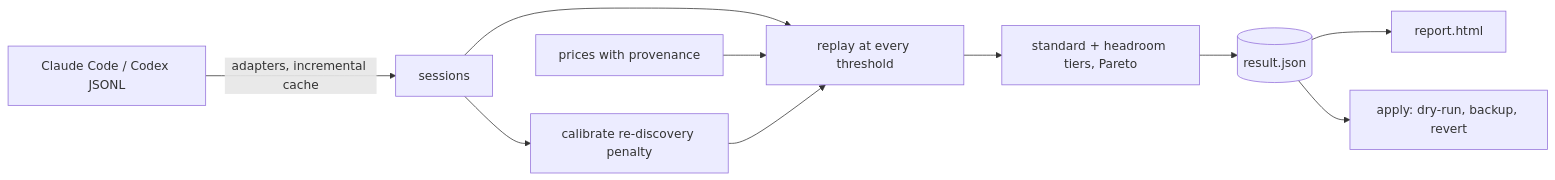
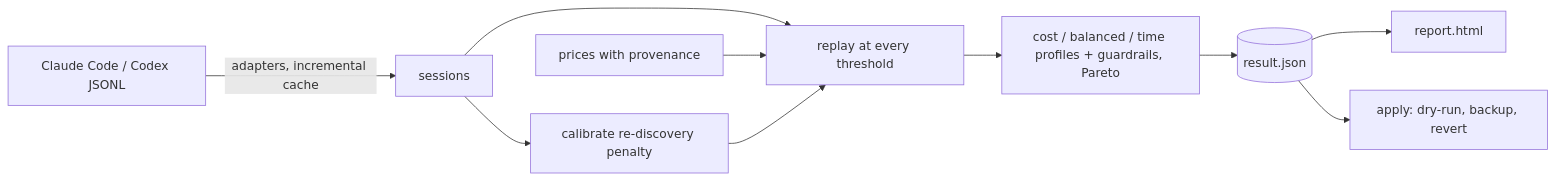
The diagram in README.md (LemonCANDY42/compactlab), drawn with Mermaid before and after one commit. The commit also changed other lines of this file and 25 other files, not shown here.

First line of the commit message:
Profiles (cost / balanced / time) with guardrails replace standard/headroom tiers

````diff
--- a/README.md
+++ b/README.md
@@ -135,12 +153,12 @@
 ```mermaid
 flowchart LR
   L[Claude Code / Codex JSONL] -->|adapters, incremental cache| S[sessions]
   S --> R[replay at every threshold]
   P[prices with provenance] --> R
   S --> C[calibrate re-discovery penalty]
   C --> R
-  R --> T[standard + headroom tiers, Pareto]
+  R --> T[cost / balanced / time profiles + guardrails, Pareto]
   T --> J[(result.json)]
   J --> H[report.html]
   J --> A[apply: dry-run, backup, revert]
 ```
````
